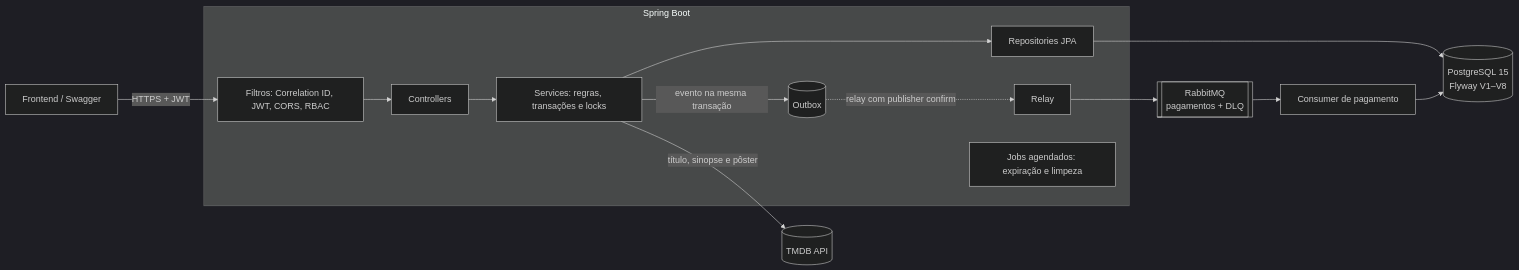
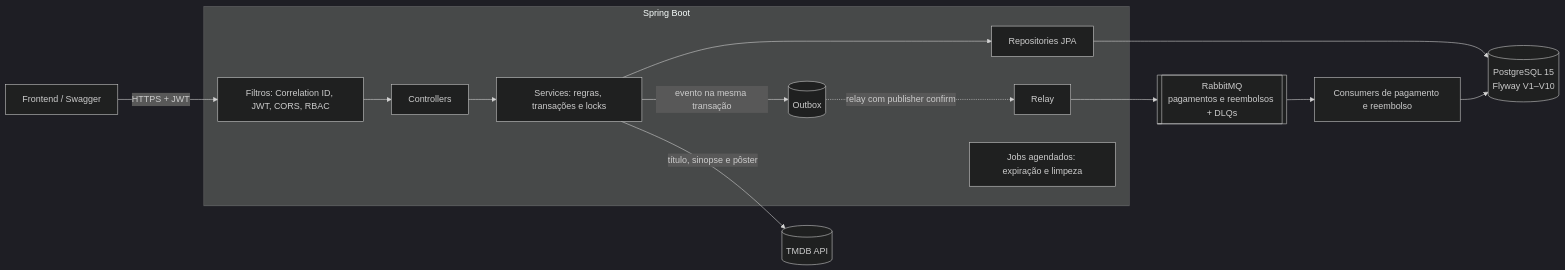
The first of 2 diagrams in README.md (marcelofelixdev/cine-ticket-backend), drawn with Mermaid (dark theme) before and after one commit. The commit also changed other lines of this file and 22 other files, not shown here.

````diff
--- a/README.md
+++ b/README.md
@@ -43,19 +43,19 @@
 ```mermaid
 flowchart LR
     FE[Frontend / Swagger] -->|HTTPS + JWT| F
 
     subgraph API[Spring Boot]
         F[Filtros: Correlation ID, JWT, CORS, RBAC] --> C[Controllers]
         C --> S[Services: regras, transações e locks]
         S --> R[Repositories JPA]
         S -->|evento na mesma transação| OB[(Outbox)]
         OB -.->|relay com publisher confirm| P[Relay]
         J[Jobs agendados: expiração e limpeza]
     end
 
-    R --> DB[(PostgreSQL 15<br/>Flyway V1–V8)]
-    P --> MQ[[RabbitMQ<br/>pagamentos + DLQ]]
-    MQ --> CO[Consumer de pagamento]
+    R --> DB[(PostgreSQL 15<br/>Flyway V1–V10)]
+    P --> MQ[[RabbitMQ<br/>pagamentos e reembolsos + DLQs]]
+    MQ --> CO[Consumers de pagamento e reembolso]
     CO --> DB
     S -->|título, sinopse e pôster| TMDB[(TMDB API)]
 ```
````
